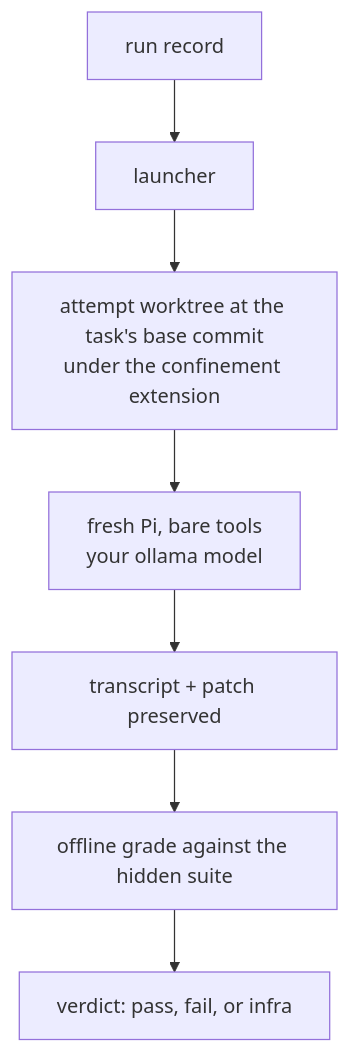
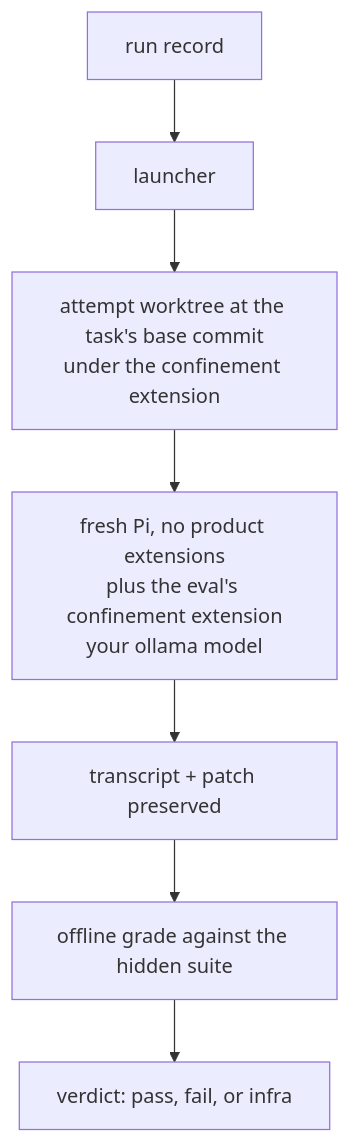
The fifth of 6 diagrams in docs/user-journey.md (pauleveritt/satyrn-evals), drawn with Mermaid before and after one commit. The commit also changed other lines of this file and 1 other file, not shown here.

Commit message:
docs: the user journey names Baseline as Pi with no product extensions plus the confinement extension

````diff
--- a/docs/user-journey.md
+++ b/docs/user-journey.md
@@ -330,9 +330,9 @@
 ```mermaid
 flowchart TB
   R[run record] --> L[launcher]
   L --> W[attempt worktree at the task's base commit<br/>under the confinement extension]
-  W --> P[fresh Pi, bare tools<br/>your ollama model]
+  W --> P[fresh Pi, no product extensions<br/>plus the eval's confinement extension<br/>your ollama model]
   P --> E[transcript + patch preserved]
   E --> G[offline grade against the hidden suite]
   G --> V[verdict: pass, fail, or infra]
 ```
````
